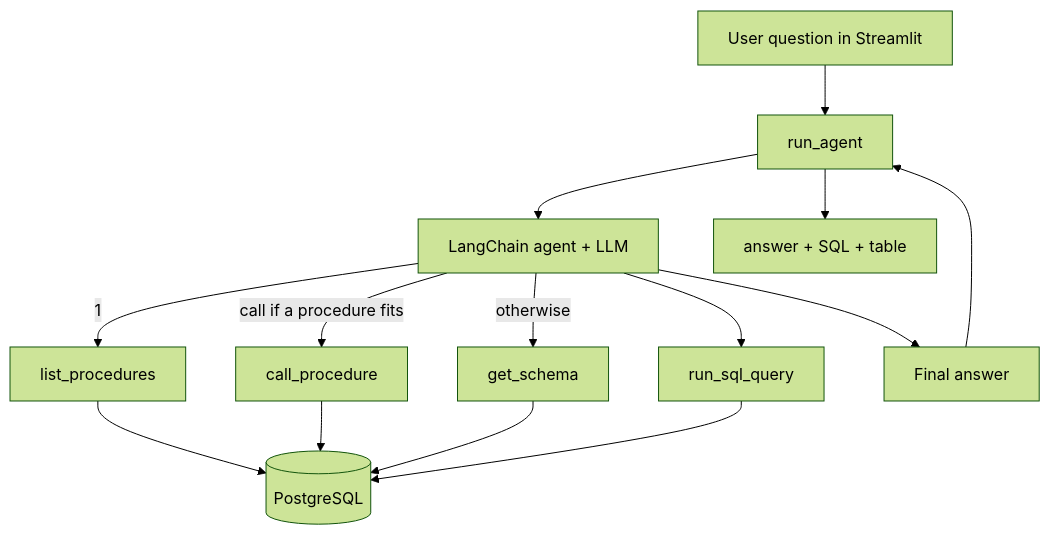
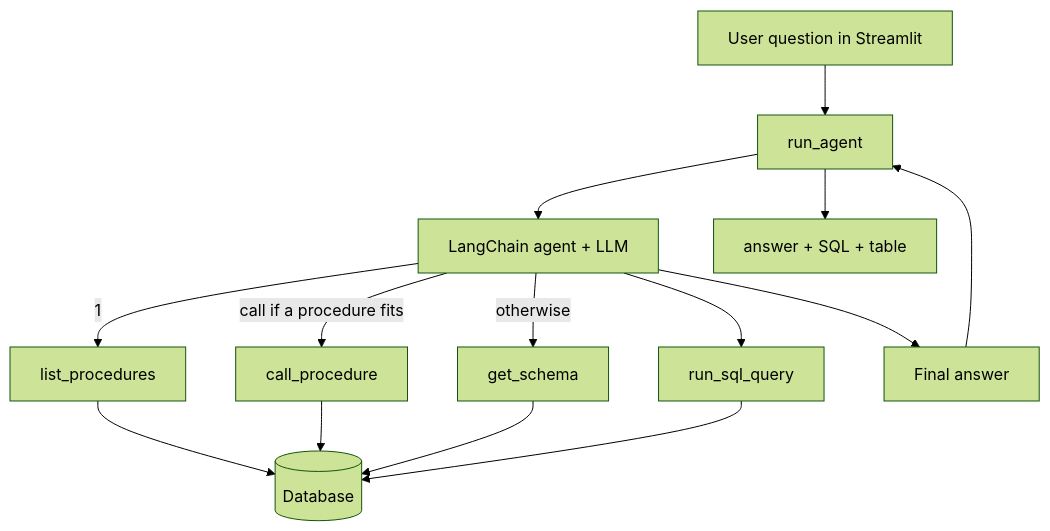
Before and after one commit to dhas97/Ai-agent-SQL: the diagram in README.md, drawn with Mermaid (forest theme). The commit also changed other lines of this file and 8 other files, not shown here.

````diff
--- a/README.md
+++ b/README.md
@@ -31,16 +50,16 @@
 ```mermaid
 flowchart TD
     U[User question in Streamlit] --> A[run_agent]
     A --> L[LangChain agent + LLM]
     L -->|1| LP[list_procedures]
     L -->|call if a procedure fits| CP[call_procedure]
     L -->|otherwise| GS[get_schema]
     L --> SQL[run_sql_query]
-    LP --> DB[(PostgreSQL)]
+   LP --> DB[(Database)]
     CP --> DB
     GS --> DB
     SQL --> DB
     L --> R[Final answer]
     R --> A
     A --> UI[answer + SQL + table]
 ```
````
